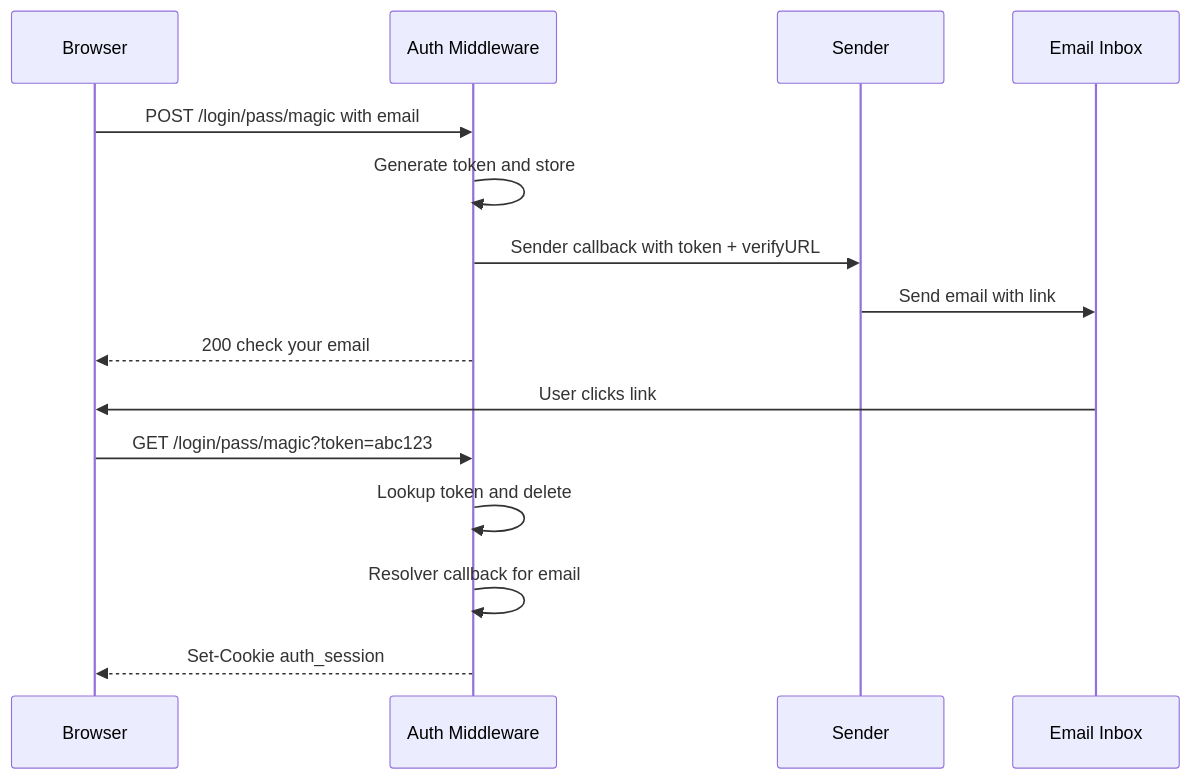
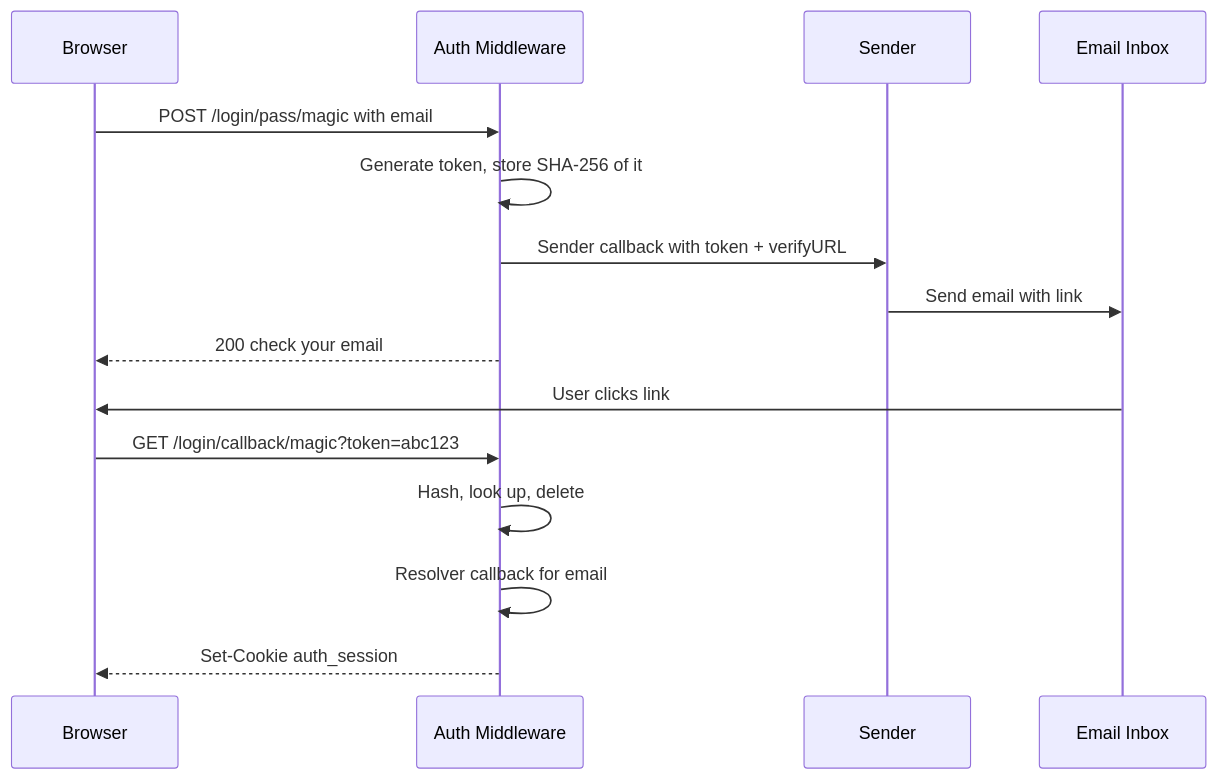
Before and after one commit to rakunlabs/ada: the third of 4 diagrams in _docs/docs/guide/middleware/auth.md, drawn with Mermaid. The commit also changed other lines of this file and 59 other files, not shown here.

````diff
--- a/_docs/docs/guide/middleware/auth.md
+++ b/_docs/docs/guide/middleware/auth.md
@@ -377,19 +407,19 @@
 ```mermaid
 sequenceDiagram
     participant B as Browser
     participant A as Auth Middleware
     participant S as Sender
     participant E as Email Inbox
 
     B->>A: POST /login/pass/magic with email
-    A->>A: Generate token and store
+    A->>A: Generate token, store SHA-256 of it
     A->>S: Sender callback with token + verifyURL
     S->>E: Send email with link
     A-->>B: 200 check your email
 
     E->>B: User clicks link
-    B->>A: GET /login/pass/magic?token=abc123
-    A->>A: Lookup token and delete
+    B->>A: GET /login/callback/magic?token=abc123
+    A->>A: Hash, look up, delete
     A->>A: Resolver callback for email
     A-->>B: Set-Cookie auth_session
 ```
````
